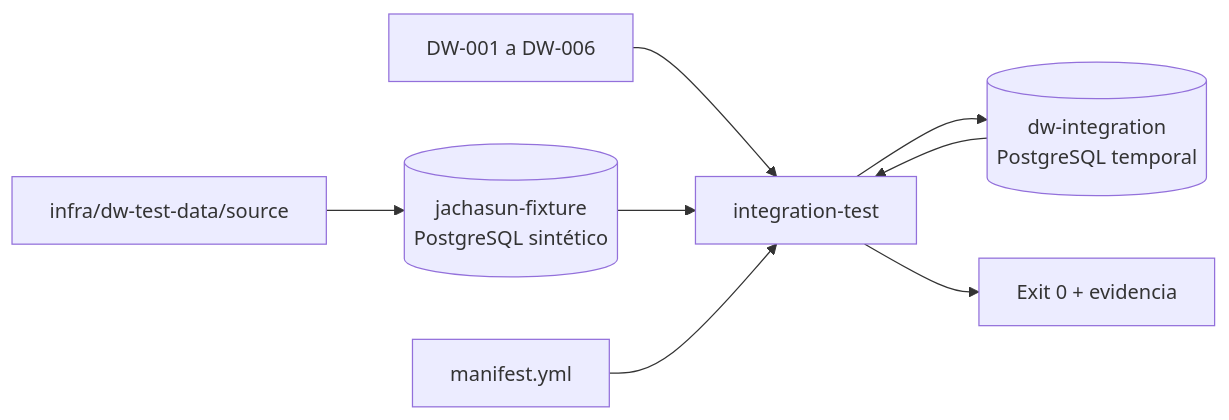
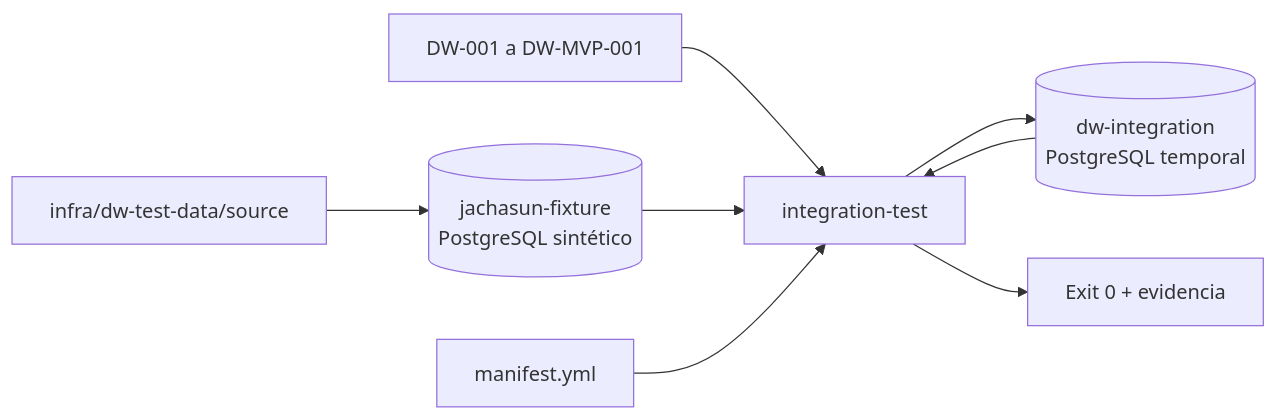
One commit to KEVIN-117/dss-system-architecture changed the diagram in docs/dw/test-data-strategy.md. Above: the diagram before and after it, drawn with Mermaid. The commit also changed other lines of this file and 116 other files, not shown here.

````diff
--- a/docs/dw/test-data-strategy.md
+++ b/docs/dw/test-data-strategy.md
@@ -18,10 +20,10 @@
 ```mermaid
 flowchart LR
     Fixtures[infra/dw-test-data/source] --> Source[(jachasun-fixture\nPostgreSQL sintético)]
-    Migrations[DW-001 a DW-006] --> Runner[integration-test]
+    Migrations[DW-001 a DW-MVP-001] --> Runner[integration-test]
     Runner --> Target[(dw-integration\nPostgreSQL temporal)]
     Source --> Runner[integration-test]
     Target --> Runner
     Manifest[manifest.yml] --> Runner
     Runner --> Result[Exit 0 + evidencia]
 ```
````
